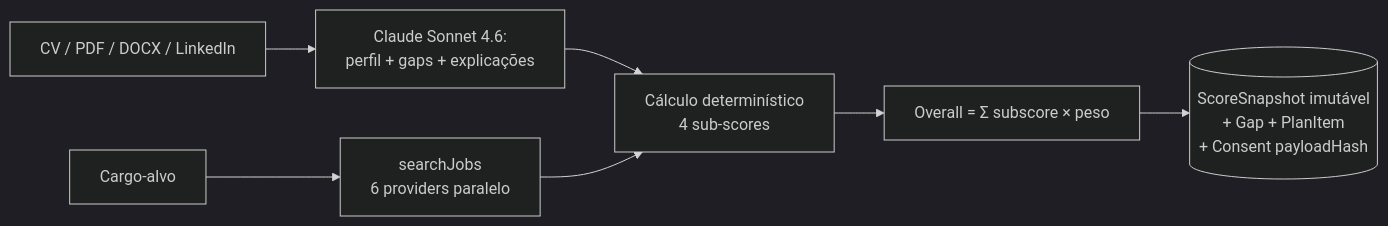
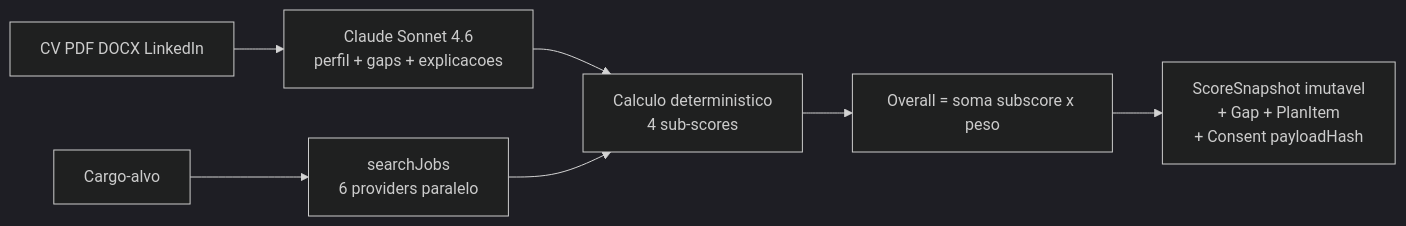
One commit to akamitatrush/CareerTwinAI changed the third of 4 diagrams in README.md. Above: the diagram before and after it, drawn with Mermaid (dark theme). The commit also changed other lines of this file and 42 other files, not shown here.

First line of the commit message:
fix(README): mermaid syntax restantes + UX radar com diagnostico claro

````diff
--- a/README.md
+++ b/README.md
@@ -111,9 +111,9 @@
 ```mermaid
 flowchart LR
-    CV[CV / PDF / DOCX / LinkedIn] --> LLM[Claude Sonnet 4.6:<br/>perfil + gaps + explicações]
-    Cargo[Cargo-alvo] --> Jobs[searchJobs<br/>6 providers paralelo]
-    LLM --> Code[Cálculo determinístico<br/>4 sub-scores]
+    CV[CV PDF DOCX LinkedIn] --> LLM["Claude Sonnet 4.6<br/>perfil + gaps + explicacoes"]
+    Cargo[Cargo-alvo] --> Jobs["searchJobs<br/>6 providers paralelo"]
+    LLM --> Code["Calculo deterministico<br/>4 sub-scores"]
     Jobs --> Code
-    Code --> Score[Overall = Σ subscore × peso]
-    Score --> Snapshot[(ScoreSnapshot imutável<br/>+ Gap + PlanItem<br/>+ Consent payloadHash)]
+    Code --> Score["Overall = soma subscore x peso"]
+    Score --> Snapshot["ScoreSnapshot imutavel<br/>+ Gap + PlanItem<br/>+ Consent payloadHash"]
 ```
````
